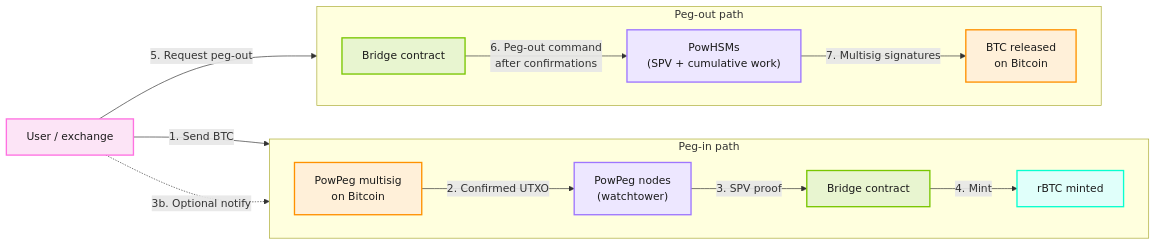
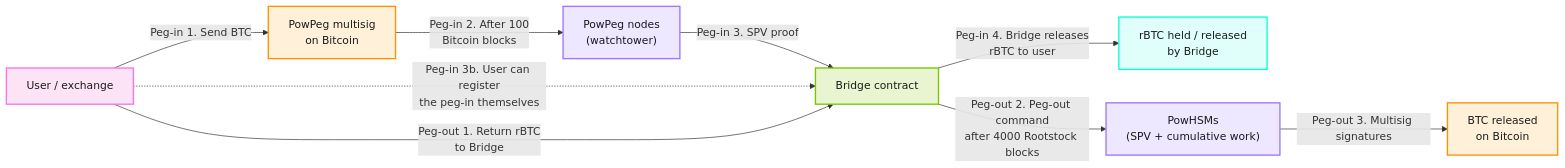
Before and after one commit to rsksmart/devportal: the diagram in docs/01-concepts/foundations/powpeg/index.md, drawn with Mermaid. The commit also changed other lines of this file and 6 other files, not shown here.

First line of the commit message:
docs: apply Architecture feedback to Atlas, Stack, PowPeg, and related diagrams

````diff
--- a/docs/01-concepts/foundations/powpeg/index.md
+++ b/docs/01-concepts/foundations/powpeg/index.md
@@ -37,41 +37,33 @@
 ```mermaid
 flowchart LR
   User["User / exchange"]
 
-  subgraph PegIn["Peg-in path"]
-    direction LR
-    PegAddr["PowPeg multisig<br/>on Bitcoin"]
-    Watch["PowPeg nodes<br/>(watchtower)"]
-    BridgeIn["Bridge contract"]
-    rBTCin["rBTC minted"]
-  end
+  PegAddr["PowPeg multisig<br/>on Bitcoin"]
+  Watch["PowPeg nodes<br/>(watchtower)"]
+  Bridge["Bridge contract"]
+  rBTC["rBTC held / released<br/>by Bridge"]
+  HSM["PowHSMs<br/>(SPV + cumulative work)"]
+  BTCOut["BTC released<br/>on Bitcoin"]
 
-  subgraph PegOut["Peg-out path"]
-    direction LR
-    BridgeOut["Bridge contract"]
-    HSM["PowHSMs<br/>(SPV + cumulative work)"]
-    BTCOut["BTC released<br/>on Bitcoin"]
-  end
+  User -->|"Peg-in 1. Send BTC"| PegAddr
+  PegAddr -->|"Peg-in 2. After 100<br/>Bitcoin blocks"| Watch
+  Watch -->|"Peg-in 3. SPV proof"| Bridge
+  User -.->|"Peg-in 3b. User can register<br/>the peg-in themselves"| Bridge
+  Bridge -->|"Peg-in 4. Bridge releases<br/>rBTC to user"| rBTC
 
-  User -->|"1. Send BTC"| PegAddr
-  PegAddr -->|"2. Confirmed UTXO"| Watch
-  Watch -->|"3. SPV proof"| BridgeIn
-  User -.->|"3b. Optional notify"| BridgeIn
-  BridgeIn -->|"4. Mint"| rBTCin
-
-  User -->|"5. Request peg-out"| BridgeOut
-  BridgeOut -->|"6. Peg-out command<br/>after confirmations"| HSM
-  HSM -->|"7. Multisig signatures"| BTCOut
+  User -->|"Peg-out 1. Return rBTC<br/>to Bridge"| Bridge
+  Bridge -->|"Peg-out 2. Peg-out command<br/>after 4000 Rootstock blocks"| HSM
+  HSM -->|"Peg-out 3. Multisig signatures"| BTCOut
 
   classDef user fill:#FCE4F6,stroke:#FF71E1,stroke-width:2px,color:#1a1a1a
   classDef btc fill:#FFF0D9,stroke:#FF9100,stroke-width:2px,color:#1a1a1a
   classDef custodian fill:#EDE7FF,stroke:#9E76FF,stroke-width:2px,color:#1a1a1a
   classDef rsk fill:#E8F5D0,stroke:#79C600,stroke-width:2px,color:#1a1a1a
   classDef token fill:#E0FFFA,stroke:#08FFD0,stroke-width:2px,color:#1a1a1a
 
   class User user
   class PegAddr,BTCOut btc
   class Watch,HSM custodian
-  class BridgeIn,BridgeOut rsk
-  class rBTCin token
+  class Bridge rsk
+  class rBTC token
 ```
````
